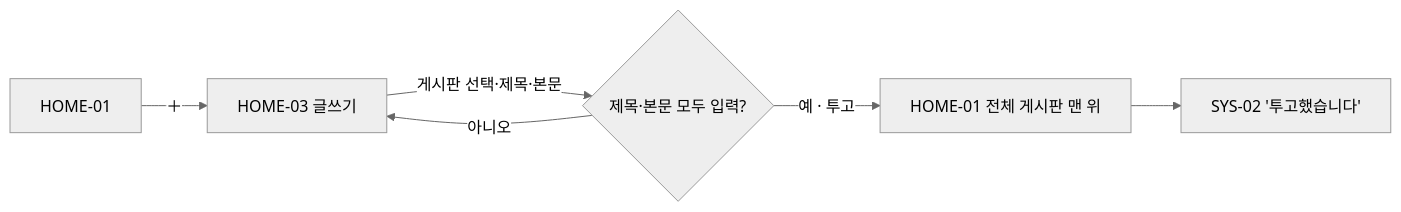
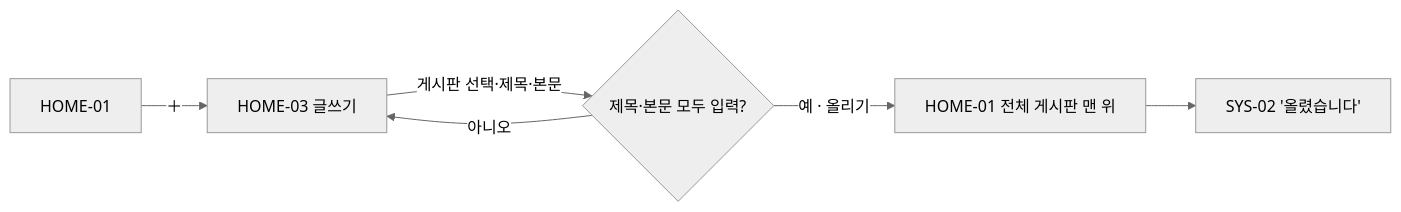
One commit to underthesun7213/yui-board changed the third of 8 diagrams in docs/03-ia/IA.md. Above: the diagram before and after it, drawn with Mermaid (neutral theme). The commit also changed 23 other files, not shown here.

````diff
--- a/docs/03-ia/IA.md
+++ b/docs/03-ia/IA.md
@@ -104,7 +104,7 @@
 ```mermaid
 flowchart LR
   A[HOME-01] -->|＋| B[HOME-03 글쓰기]
   B -->|게시판 선택·제목·본문| C{제목·본문 모두 입력?}
   C -->|아니오| B
-  C -->|예 · 투고| D[HOME-01 전체 게시판 맨 위] --> E[SYS-02 '투고했습니다']
+  C -->|예 · 올리기| D[HOME-01 전체 게시판 맨 위] --> E[SYS-02 '올렸습니다']
 ```
````
